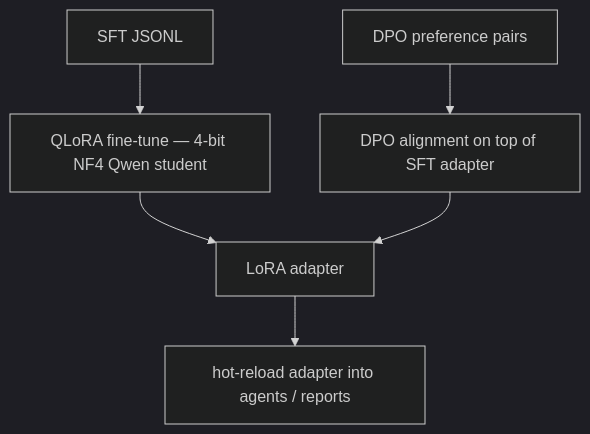
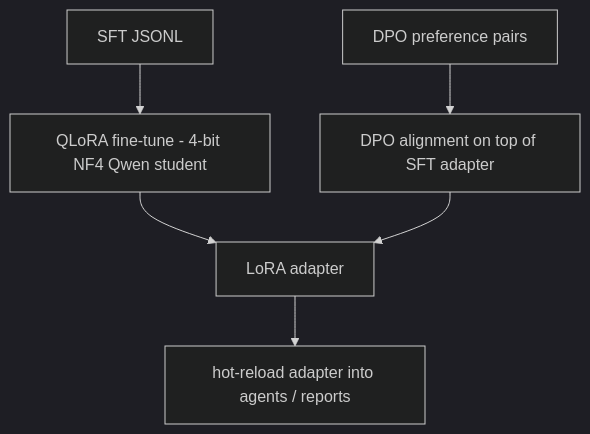
The fourth of 6 diagrams in README.md (C0k11/stock-share-Helper), drawn with Mermaid (dark theme) before and after one commit. The commit also changed other lines of this file and 2 other files, not shown here.

````diff
--- a/README.md
+++ b/README.md
@@ -229,8 +229,8 @@
 ```mermaid
 flowchart TB
-    SFT["SFT JSONL"] --> QLR["QLoRA fine-tune — 4-bit NF4 Qwen student"]
+    SFT["SFT JSONL"] --> QLR["QLoRA fine-tune - 4-bit NF4 Qwen student"]
     DPD["DPO preference pairs"] --> DPO["DPO alignment on top of SFT adapter"]
     QLR --> ADP["LoRA adapter"]
     DPO --> ADP
     ADP --> HOT["hot-reload adapter into agents / reports"]
 ```
````
